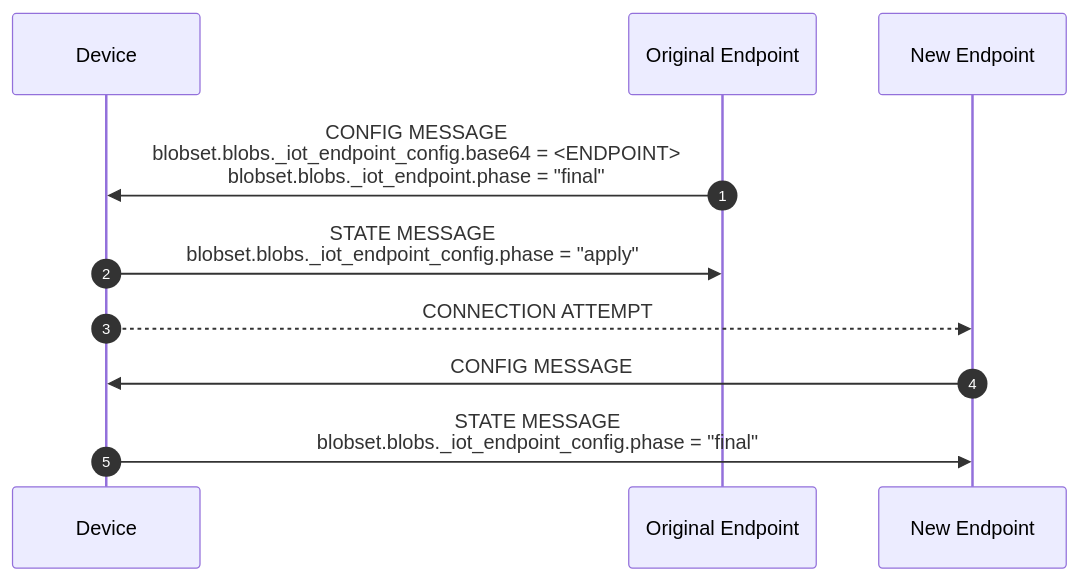
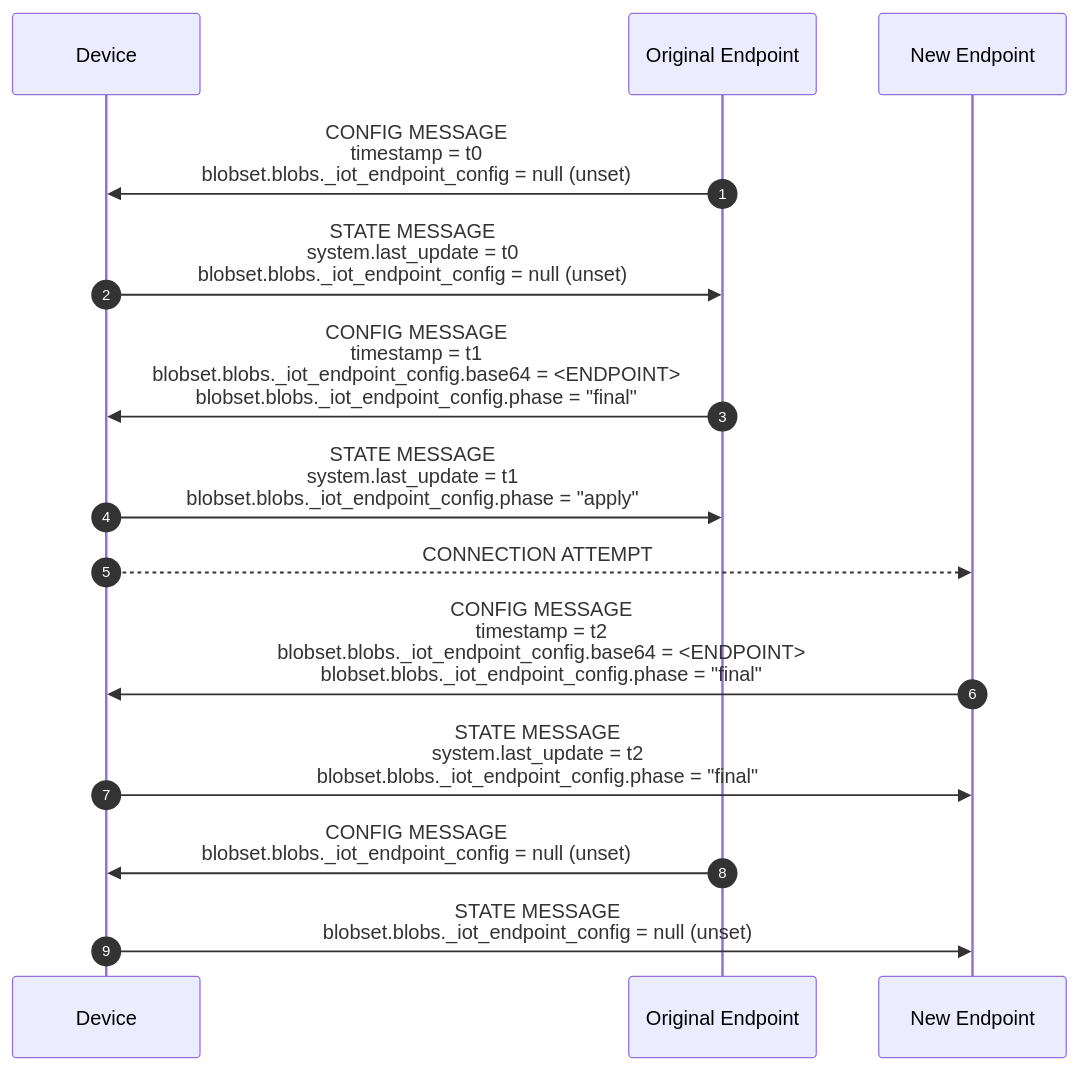
One commit to faucetsdn/udmi changed the first of 2 diagrams in docs/specs/sequences/endpoint_reconfiguration.md. Above: the diagram before and after it, drawn with Mermaid. The commit also changed other lines of this file and 2 other files, not shown here.

````diff
--- a/docs/specs/sequences/endpoint_reconfiguration.md
+++ b/docs/specs/sequences/endpoint_reconfiguration.md
@@ -18,13 +20,17 @@
 ```mermaid
 %%{wrap}%%
 sequenceDiagram
     autonumber
     participant D as Device
     participant E as Original Endpoint
     participant E' as New Endpoint
-    E->>D:CONFIG MESSAGE<br>blobset.blobs._iot_endpoint_config.base64 = <ENDPOINT><br>blobset.blobs._iot_endpoint.phase = "final"
-    D->>E:STATE MESSAGE<BR>blobset.blobs._iot_endpoint_config.phase = "apply"
+    E->>D:CONFIG MESSAGE<br>timestamp = t0<br/>blobset.blobs._iot_endpoint_config = null (unset)
+    D->>E:STATE MESSAGE<br/>system.last_update = t0<br/>blobset.blobs._iot_endpoint_config = null (unset)
+    E->>D:CONFIG MESSAGE<br>timestamp = t1<br/>blobset.blobs._iot_endpoint_config.base64 = <ENDPOINT><br>blobset.blobs._iot_endpoint_config.phase = "final"
+    D->>E:STATE MESSAGE<br/>system.last_update = t1<br/>blobset.blobs._iot_endpoint_config.phase = "apply"
     D-->>E':CONNECTION ATTEMPT
-    E'->>D:CONFIG MESSAGE
-    D->>E':STATE MESSAGE<BR>blobset.blobs._iot_endpoint_config.phase = "final"
+    E'->>D:CONFIG MESSAGE<br>timestamp = t2<br/>blobset.blobs._iot_endpoint_config.base64 = <ENDPOINT><br>blobset.blobs._iot_endpoint_config.phase = "final"
+    D->>E':STATE MESSAGE<br/>system.last_update = t2<br/>blobset.blobs._iot_endpoint_config.phase = "final"
+    E->>D:CONFIG MESSAGE<br>blobset.blobs._iot_endpoint_config = null (unset)
+    D->>E':STATE MESSAGE<BR>blobset.blobs._iot_endpoint_config = null (unset)
 ```
````
